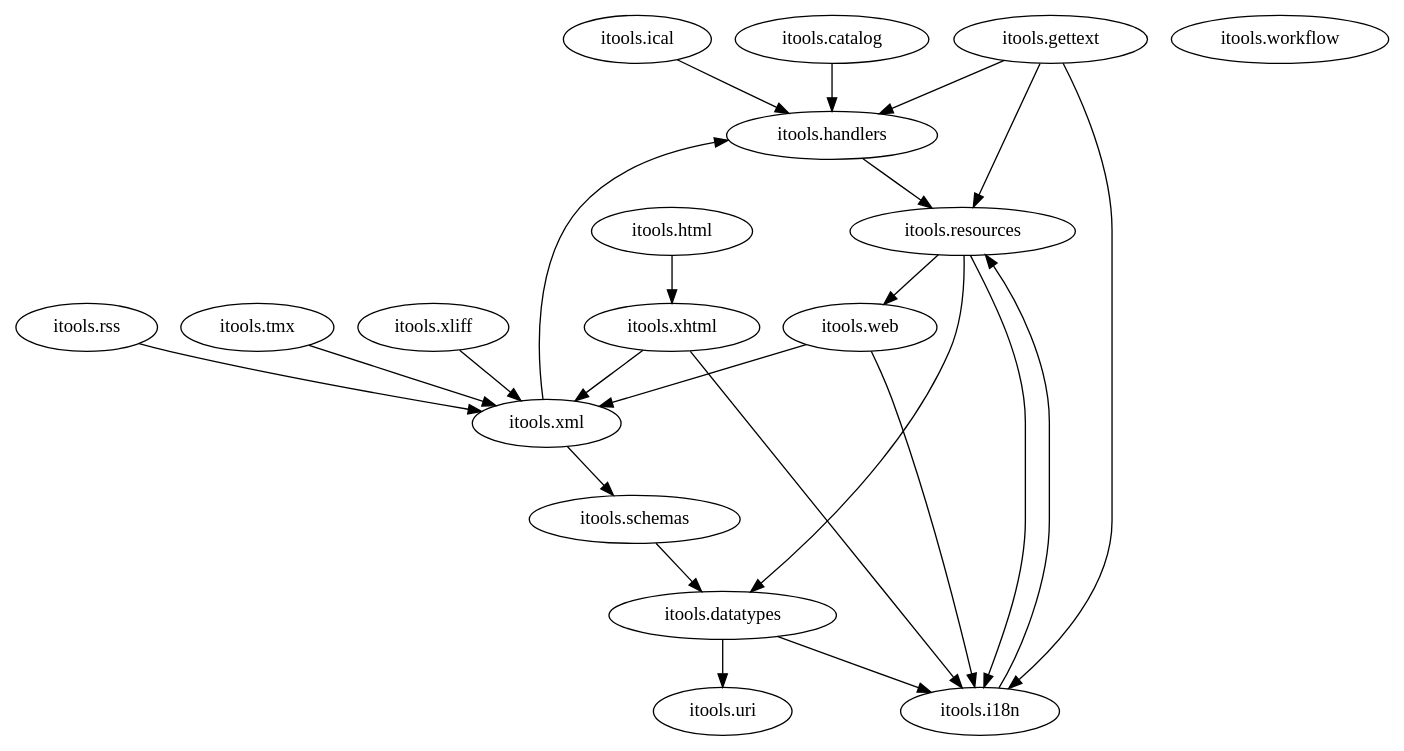
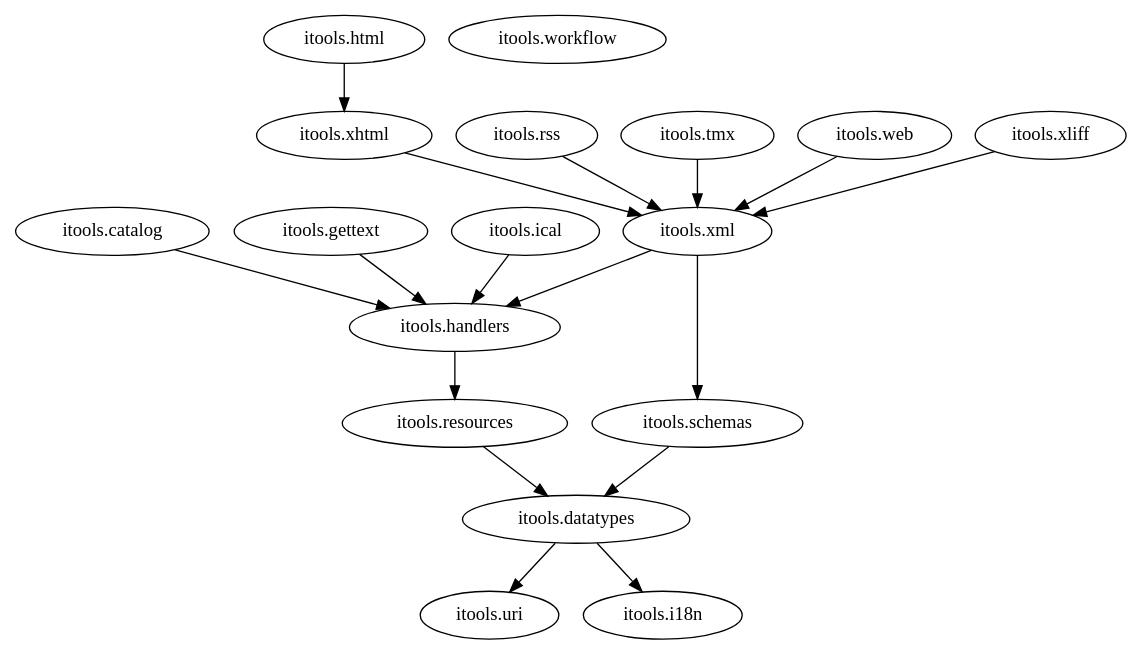
The diagram in doc/packages.dot (hforge/itools), drawn with Graphviz before and after one commit. The commit also changed 5 other files, not shown here.

```diff
--- a/doc/packages.dot
+++ b/doc/packages.dot
@@ -1,58 +1,68 @@
 digraph G {
 ##  "itools.catalog" -> "itools.uri";
   "itools.catalog" -> "itools.handlers";
 
   "itools.datatypes" -> "itools.uri";
   "itools.datatypes" -> "itools.i18n";
 
 ##  "itools.handlers" -> "itools.uri";
   "itools.handlers" -> "itools.resources";
 
-  "itools.gettext" -> "itools.resources";
-  "itools.gettext" -> "itools.handlers";
-  "itools.gettext" -> "itools.i18n";
-
 ##  "itools.html" -> "itools.datatypes";
 ##  "itools.html" -> "itools.handlers";
 ##  "itools.html" -> "itools.xml";
   "itools.html" -> "itools.xhtml";
 
-  "itools.i18n" -> "itools.resources";
+##  "itools.gettext" -> "itools.resources";
+  "itools.gettext" -> "itools.handlers";
+##  "itools.gettext" -> "itools.i18n";
 
   "itools.ical" -> "itools.handlers";
 ##  "itools.ical" -> "itools.datatypes";
 ##  "itools.ical" -> "itools.resources";
 
 ##  "itools.resources" -> "itools.uri";
-  "itools.resources" -> "itools.i18n";
+##  "itools.resources" -> "itools.i18n";
   "itools.resources" -> "itools.datatypes";
-  "itools.resources" -> "itools.web";
 
 ##  "itools.rss" -> "itools.handlers";
   "itools.rss" -> "itools.xml";
 
   "itools.schemas" -> "itools.datatypes";
 
 ##  "itools.tmx" -> "itools.handlers";
   "itools.tmx" -> "itools.xml";
 
 ##  "itools.web" -> "itools.handlers";
 ##  "itools.web" -> "itools.uri";
 ##  "itools.web" -> "itools.datatypes";
   "itools.web" -> "itools.xml";
 ##  "itools.web" -> "itools.resources";
-  "itools.web" -> "itools.i18n";
+##  "itools.web" -> "itools.i18n";
 
   "itools.workflow";
 
 ##  "itools.xhtml" -> "itools.datatypes";
   "itools.xhtml" -> "itools.xml";
-  "itools.xhtml" -> "itools.i18n";
+##  "itools.xhtml" -> "itools.i18n";
 
 ##  "itools.xliff" -> "itools.handlers";
   "itools.xliff" -> "itools.xml";
 
 ##  "itools.xml" -> "itools.datatypes";
   "itools.xml" -> "itools.schemas";
   "itools.xml" -> "itools.handlers";
+
+
+##  subgraph cluster_1 {
+##    label="XML";
+##    "itools.html";
+##    "itools.rss";
+##    "itools.tmx";
+##    "itools.xhtml";
+##    "itools.xliff";
+##    "itools.xml";
+##  }
+
+
 }
```
